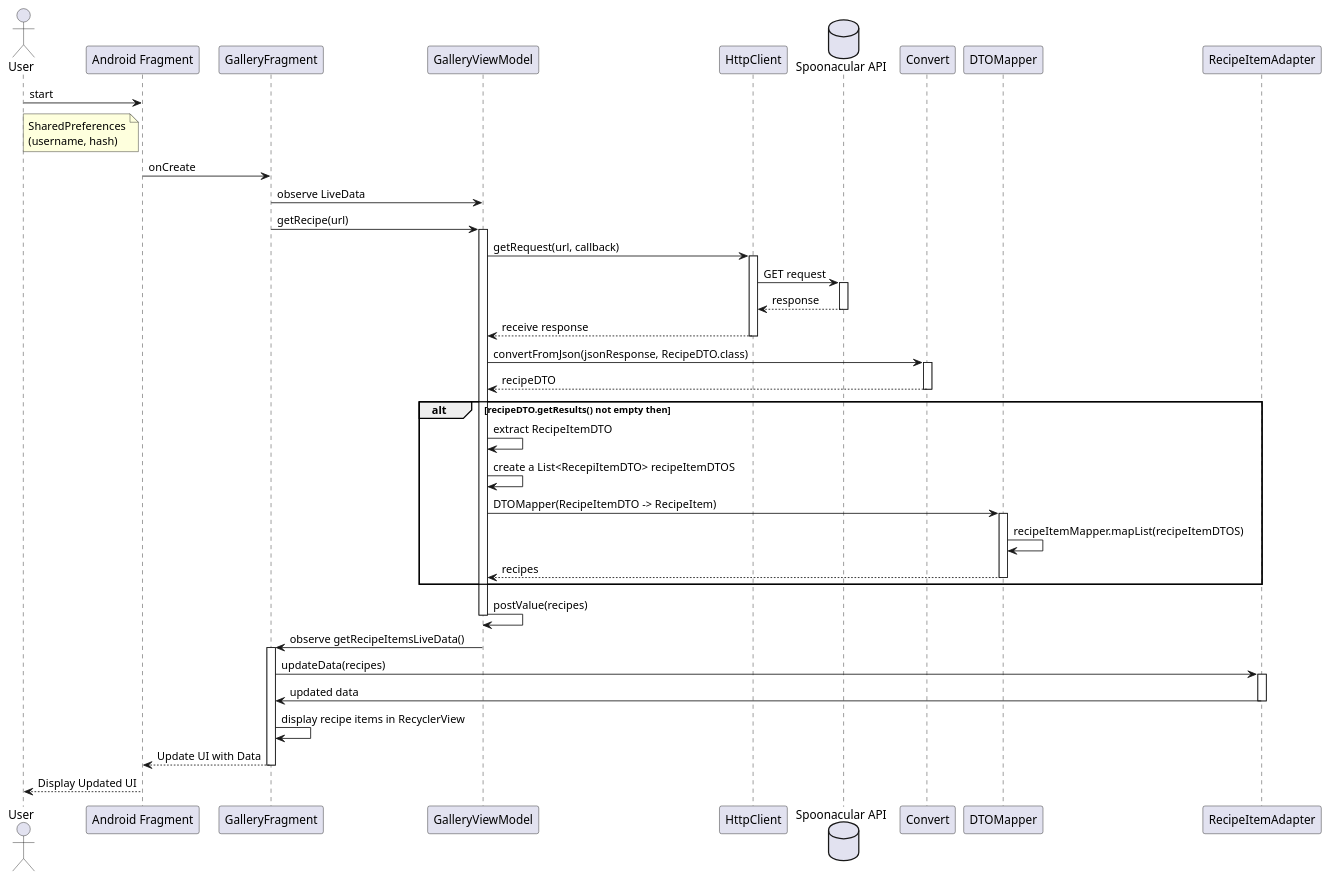
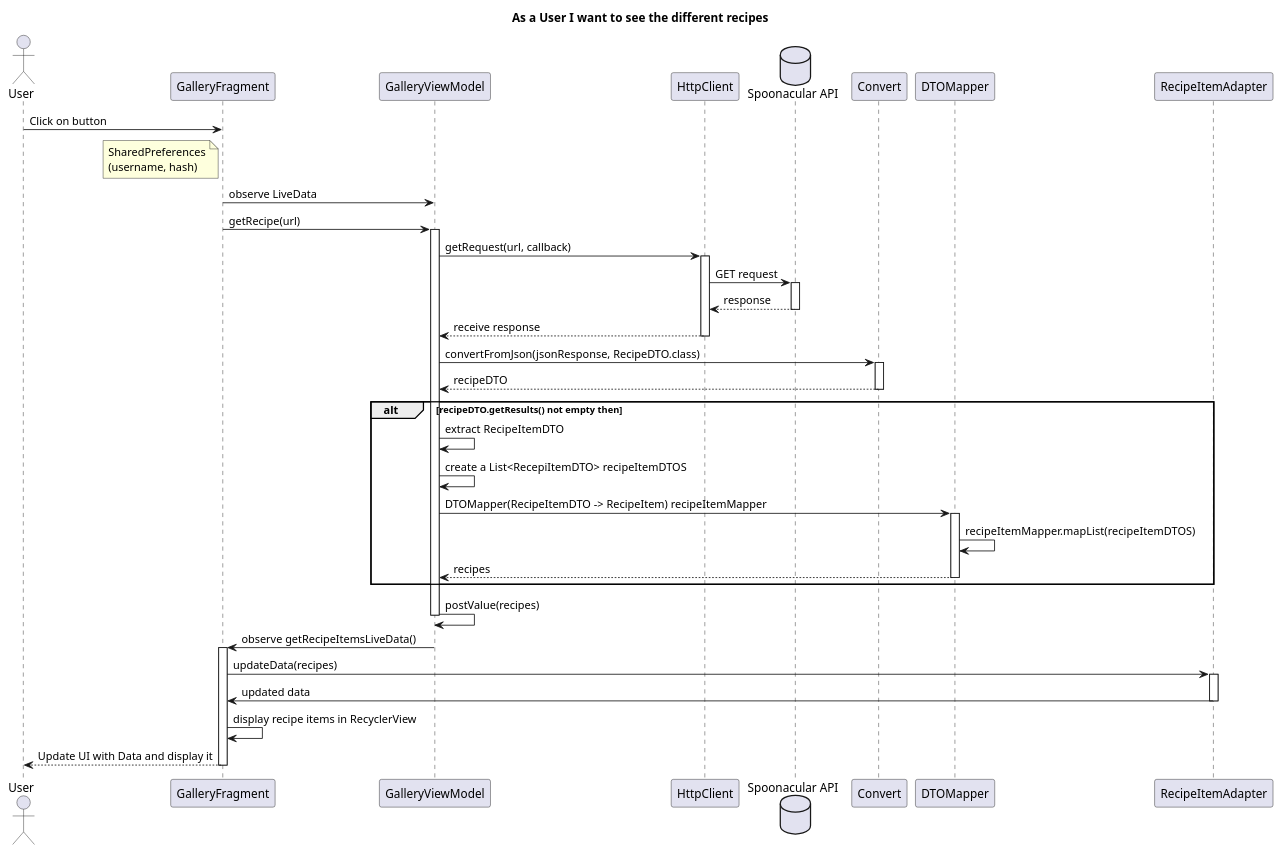
The diagram in Documents/US/US02/SD.puml (IsepMartimOliveira/DSSMV_ProjectDroid_1181754), drawn with PlantUML before and after one commit. The commit also changed 23 other files, not shown here.

```diff
--- a/Documents/US/US02/SD.puml
+++ b/Documents/US/US02/SD.puml
@@ -1,54 +1,53 @@
 @startuml
 actor User as User
-participant "Android Fragment" as Fragment
+title As a User I want to see the different recipes
 
 participant "GalleryFragment" as GalleryFragment
 participant "GalleryViewModel" as GalleryViewModel
 participant "HttpClient" as HttpClient
 database "Spoonacular API" as Server
 participant "Convert" as Convert
 participant "DTOMapper" as DTOMapper
 participant "RecipeItemAdapter" as RecipeItemAdapter
-User->Fragment:start
-Note left of Fragment: SharedPreferences\n(username, hash)
-Fragment->GalleryFragment: onCreate
+User->GalleryFragment:Click on button
+Note left of GalleryFragment: SharedPreferences\n(username, hash)
+
 GalleryFragment -> GalleryViewModel: observe LiveData
 GalleryFragment -> GalleryViewModel: getRecipe(url)
 activate GalleryViewModel
 GalleryViewModel -> HttpClient: getRequest(url, callback)
 activate HttpClient
 HttpClient -> Server: GET request
 activate Server
 Server --> HttpClient: response
 deactivate Server
 HttpClient --> GalleryViewModel: receive response
 deactivate HttpClient
 GalleryViewModel -> Convert: convertFromJson(jsonResponse, RecipeDTO.class)
 activate Convert
 Convert --> GalleryViewModel: recipeDTO
 deactivate Convert
 
 alt recipeDTO.getResults() not empty then
     GalleryViewModel -> GalleryViewModel: extract RecipeItemDTO
     GalleryViewModel -> GalleryViewModel: create a List<RecepiItemDTO> recipeItemDTOS
 
-    GalleryViewModel -> DTOMapper:DTOMapper(RecipeItemDTO -> RecipeItem)
+    GalleryViewModel -> DTOMapper:DTOMapper(RecipeItemDTO -> RecipeItem) recipeItemMapper
 
     activate DTOMapper
     DTOMapper -> DTOMapper: recipeItemMapper.mapList(recipeItemDTOS)
     DTOMapper-->GalleryViewModel:recipes
 deactivate DTOMapper
 end
 GalleryViewModel -> GalleryViewModel: postValue(recipes)
 deactivate GalleryViewModel
 GalleryViewModel -> GalleryFragment: observe getRecipeItemsLiveData()
 activate GalleryFragment
 GalleryFragment -> RecipeItemAdapter: updateData(recipes)
 activate RecipeItemAdapter
 RecipeItemAdapter -> GalleryFragment: updated data
 deactivate RecipeItemAdapter
 GalleryFragment -> GalleryFragment: display recipe items in RecyclerView
-GalleryFragment --> Fragment: Update UI with Data
+GalleryFragment --> User: Update UI with Data and display it
 deactivate GalleryFragment
-Fragment --> User: Display Updated UI
 @enduml
```
